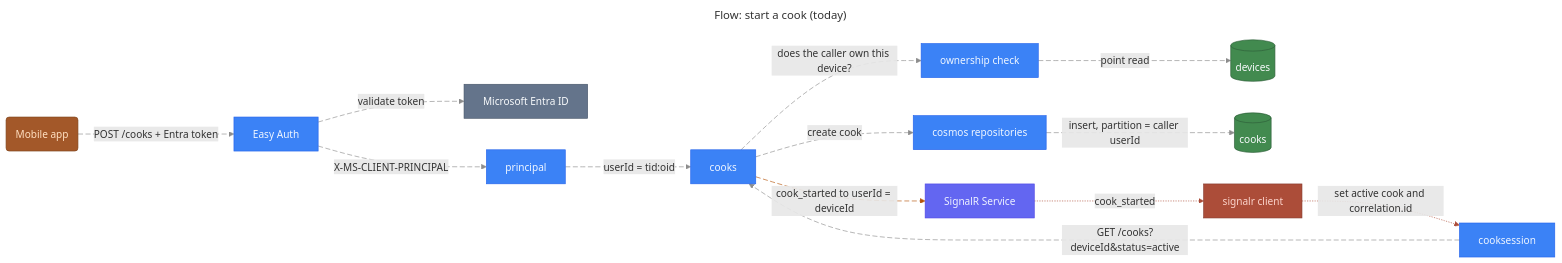
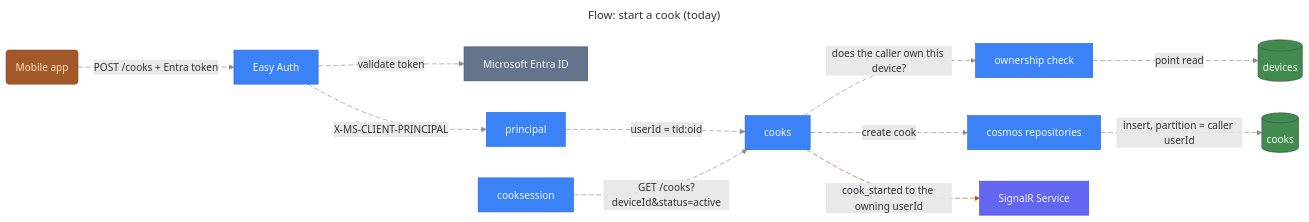
Before and after one commit to stevebargelt/meatgeekv2: diagram 12 of 19 in docs/architecture/diagrams.md, drawn with Mermaid. The commit also changed other lines of this file and 3 other files, not shown here.

First line of the commit message:
docs(architecture): HAR-57 cookStart view and data-flow say cook events go to the owner

````diff
--- a/docs/architecture/diagrams.md
+++ b/docs/architecture/diagrams.md
@@ -931,45 +929,39 @@
 ```mermaid
 ---
 title: "Flow: start a cook (today)"
 ---
 graph LR
   MeatgeekMobile@{ shape: rounded, label: "Mobile app" }
   MeatgeekCloudApiEasyauth@{ shape: rectangle, label: "Easy Auth" }
   Entra@{ shape: rectangle, label: "Microsoft Entra ID" }
   MeatgeekCloudApiPrincipal@{ shape: rectangle, label: "principal" }
+  MeatgeekEdgePusherSession@{ shape: rectangle, label: "cooksession" }
   MeatgeekCloudApiCooks@{ shape: rectangle, label: "cooks" }
   MeatgeekCloudApiOwnership@{ shape: rectangle, label: "ownership check" }
   MeatgeekCloudDataDevices@{ shape: cylinder, label: "devices" }
   MeatgeekCloudApiRepos@{ shape: rectangle, label: "cosmos repositories" }
   MeatgeekCloudDataCooks@{ shape: cylinder, label: "cooks" }
   MeatgeekCloudRealtime@{ shape: rectangle, label: "SignalR Service" }
-  MeatgeekEdgePusherSignalr@{ shape: rectangle, label: "signalr client" }
-  MeatgeekEdgePusherSession@{ shape: rectangle, label: "cooksession" }
   MeatgeekMobile -. "`POST /cooks + Entra token`" .-> MeatgeekCloudApiEasyauth
   MeatgeekCloudApiEasyauth -. "`validate token`" .-> Entra
   MeatgeekCloudApiEasyauth -. "`X-MS-CLIENT-PRINCIPAL`" .-> MeatgeekCloudApiPrincipal
   MeatgeekCloudApiPrincipal -. "`userId = tid:oid`" .-> MeatgeekCloudApiCooks
   MeatgeekCloudApiCooks -. "`does the caller own this device?`" .-> MeatgeekCloudApiOwnership
   MeatgeekCloudApiOwnership -. "`point read`" .-> MeatgeekCloudDataDevices
   MeatgeekCloudApiCooks -. "`create cook`" .-> MeatgeekCloudApiRepos
   MeatgeekCloudApiRepos -. "`insert, partition = caller userId`" .-> MeatgeekCloudDataCooks
-  MeatgeekCloudApiCooks -. "`cook_started to userId = deviceId`" .-> MeatgeekCloudRealtime
-  MeatgeekCloudRealtime -. "`cook_started`" .-> MeatgeekEdgePusherSignalr
-  MeatgeekEdgePusherSignalr -. "`set active cook and correlation.id`" .-> MeatgeekEdgePusherSession
+  MeatgeekCloudApiCooks -. "`cook_started to the owning userId`" .-> MeatgeekCloudRealtime
   MeatgeekEdgePusherSession -. "`GET /cooks?deviceId&status=active`" .-> MeatgeekCloudApiCooks
   classDef amber fill:#A35829,stroke:#7E451D,color:#FFE0C2
   class MeatgeekMobile amber
   classDef primary fill:#3b82f6,stroke:#2563eb,color:#eff6ff
-  class MeatgeekCloudApiEasyauth,MeatgeekCloudApiPrincipal,MeatgeekCloudApiCooks,MeatgeekCloudApiOwnership,MeatgeekCloudApiRepos,MeatgeekEdgePusherSession primary
+  class MeatgeekCloudApiEasyauth,MeatgeekCloudApiPrincipal,MeatgeekEdgePusherSession,MeatgeekCloudApiCooks,MeatgeekCloudApiOwnership,MeatgeekCloudApiRepos primary
   classDef muted fill:#64748b,stroke:#475569,color:#f8fafc
   class Entra muted
   classDef green fill:#428a4f,stroke:#2d5d39,color:#f8fafc
   class MeatgeekCloudDataDevices,MeatgeekCloudDataCooks green
   classDef indigo fill:#6366f1,stroke:#4f46e5,color:#eef2ff
   class MeatgeekCloudRealtime indigo
-  classDef red fill:#AC4D39,stroke:#853A2D,color:#FBD3CB
-  class MeatgeekEdgePusherSignalr red
-  linkStyle 0,1,2,3,4,5,6,7,11 stroke:#8D8D8D,stroke-dasharray:8 4
+  linkStyle 0,1,2,3,4,5,6,7,9 stroke:#8D8D8D,stroke-dasharray:8 4
   linkStyle 8 stroke:#b45309,stroke-dasharray:8 4
-  linkStyle 9,10 stroke:#AC4D39
 ```
````
